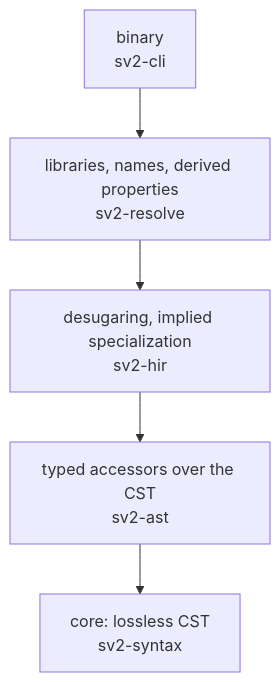
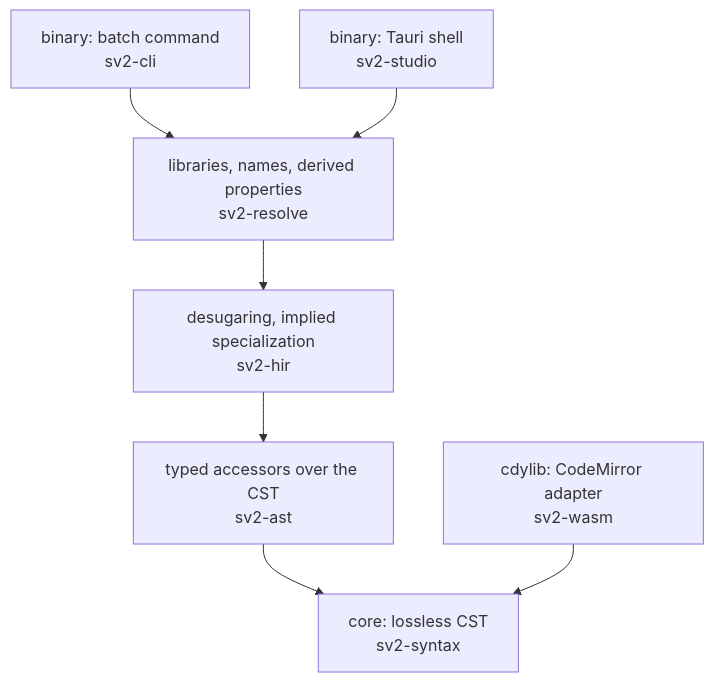
The diagram in docs/standards/STD-002-RS-rust-standards.md (ddunnock/sv2), drawn with Mermaid before and after one commit. The commit also changed other lines of this file and 20 other files, not shown here.

````diff
--- a/docs/standards/STD-002-RS-rust-standards.md
+++ b/docs/standards/STD-002-RS-rust-standards.md
@@ -295,12 +302,16 @@
 ```mermaid
 flowchart TD
-    cli["binary<br/>sv2-cli"]
+    cli["binary: batch command<br/>sv2-cli"]
+    studio["binary: Tauri shell<br/>sv2-studio"]
+    wasm["cdylib: CodeMirror adapter<br/>sv2-wasm"]
     resolve["libraries, names, derived properties<br/>sv2-resolve"]
     hir["desugaring, implied specialization<br/>sv2-hir"]
     ast["typed accessors over the CST<br/>sv2-ast"]
     syntax["core: lossless CST<br/>sv2-syntax"]
     cli --> resolve
+    studio --> resolve
     resolve --> hir
     hir --> ast
     ast --> syntax
+    wasm --> syntax
 ```
````
